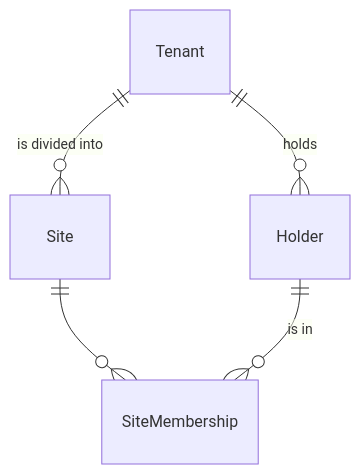
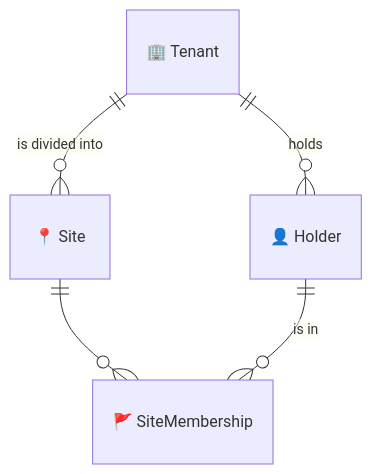
Before and after one commit to lesomnus/roster: the second of 7 diagrams in docs/entity.md, drawn with Mermaid. The commit also changed other lines of this file and 16 other files, not shown here.

````diff
--- a/docs/entity.md
+++ b/docs/entity.md
@@ -63,7 +82,7 @@
 ```mermaid
 erDiagram
-  Tenant ||--o{ Site : "is divided into"
-  Tenant ||--o{ Holder : holds
-  Site   ||--o{ SiteMembership : ""
-  Holder ||--o{ SiteMembership : "is in"
+  "🏢 Tenant"  ||--o{  "📍 Site" : "is divided into"
+  "🏢 Tenant"  ||--o{  "👤 Holder" : holds
+  "📍 Site"    ||--o{  "🚩 SiteMembership" : ""
+  "👤 Holder"  ||--o{  "🚩 SiteMembership" : "is in"
 ```
````
